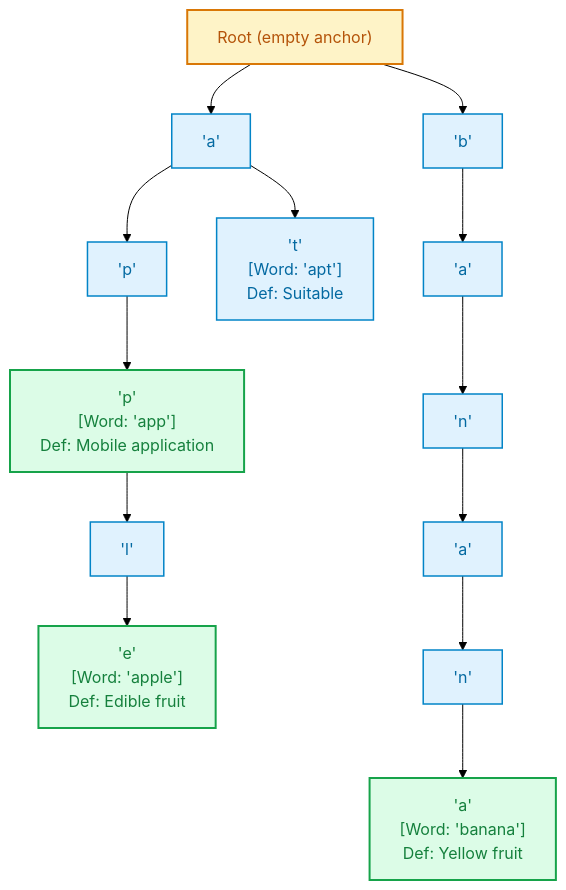
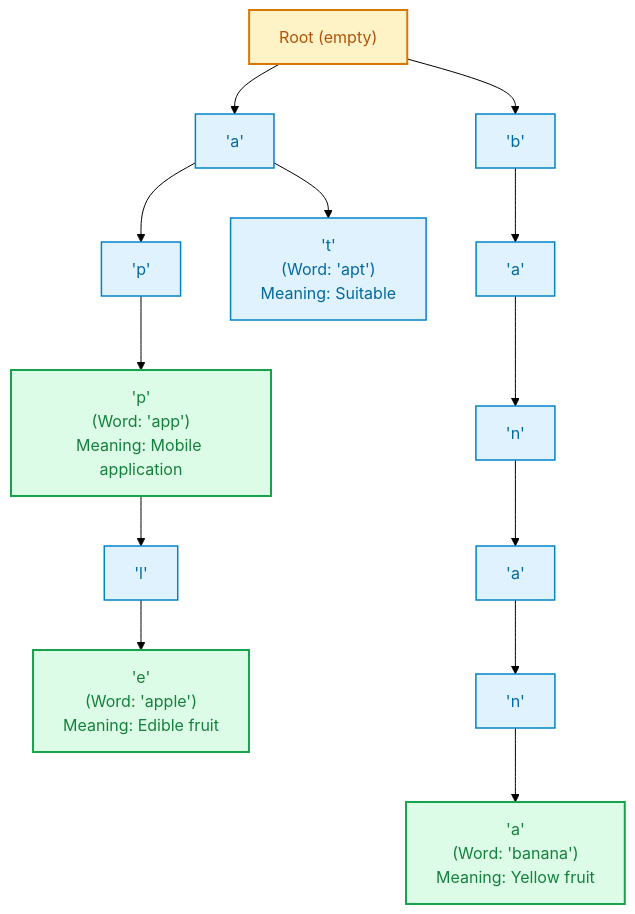
The diagram in project/PROJECT_REPORT.md (MSB-io/DSA3), drawn with Mermaid (forest theme) before and after one commit. The commit also changed other lines of this file, not shown here.

````diff
--- a/project/PROJECT_REPORT.md
+++ b/project/PROJECT_REPORT.md
@@ -37,41 +40,41 @@
 ```mermaid
 flowchart TD
-    Root["Root (empty anchor)"]
+    Root["Root (empty)"]
 
     A["'a'"]
     P1["'p'"]
-    P2["'p'<br/>[Word: 'app']<br/>Def: Mobile application"]
+    P2["'p'<br/>(Word: 'app')<br/>Meaning: Mobile application"]
     L["'l'"]
-    E["'e'<br/>[Word: 'apple']<br/>Def: Edible fruit"]
-    T["'t'<br/>[Word: 'apt']<br/>Def: Suitable"]
+    E["'e'<br/>(Word: 'apple')<br/>Meaning: Edible fruit"]
+    T["'t'<br/>(Word: 'apt')<br/>Meaning: Suitable"]
 
     B["'b'"]
     AN["'a'"]
     N1["'n'"]
     AN2["'a'"]
     N2["'n'"]
-    A_END["'a'<br/>[Word: 'banana']<br/>Def: Yellow fruit"]
+    A_END["'a'<br/>(Word: 'banana')<br/>Meaning: Yellow fruit"]
 
     Root --> A
     Root --> B
 
     A --> P1
     A --> T
 
     P1 --> P2
     P2 --> L
     L --> E
 
     B --> AN
     AN --> N1
     N1 --> AN2
     AN2 --> N2
     N2 --> A_END
 
     classDef term fill:#dcfce7,stroke:#16a34a,stroke-width:2px,color:#15803d;
     classDef inter fill:#e0f2fe,stroke:#0284c7,stroke-width:1.5px,color:#0369a1;
     classDef root fill:#fef3c7,stroke:#d97706,stroke-width:2px,color:#b45309;
     class Root root;
     class A,P1,L,T,B,AN,N1,AN2,N2 inter;
     class P2,E,A_END term;
 ```
````
